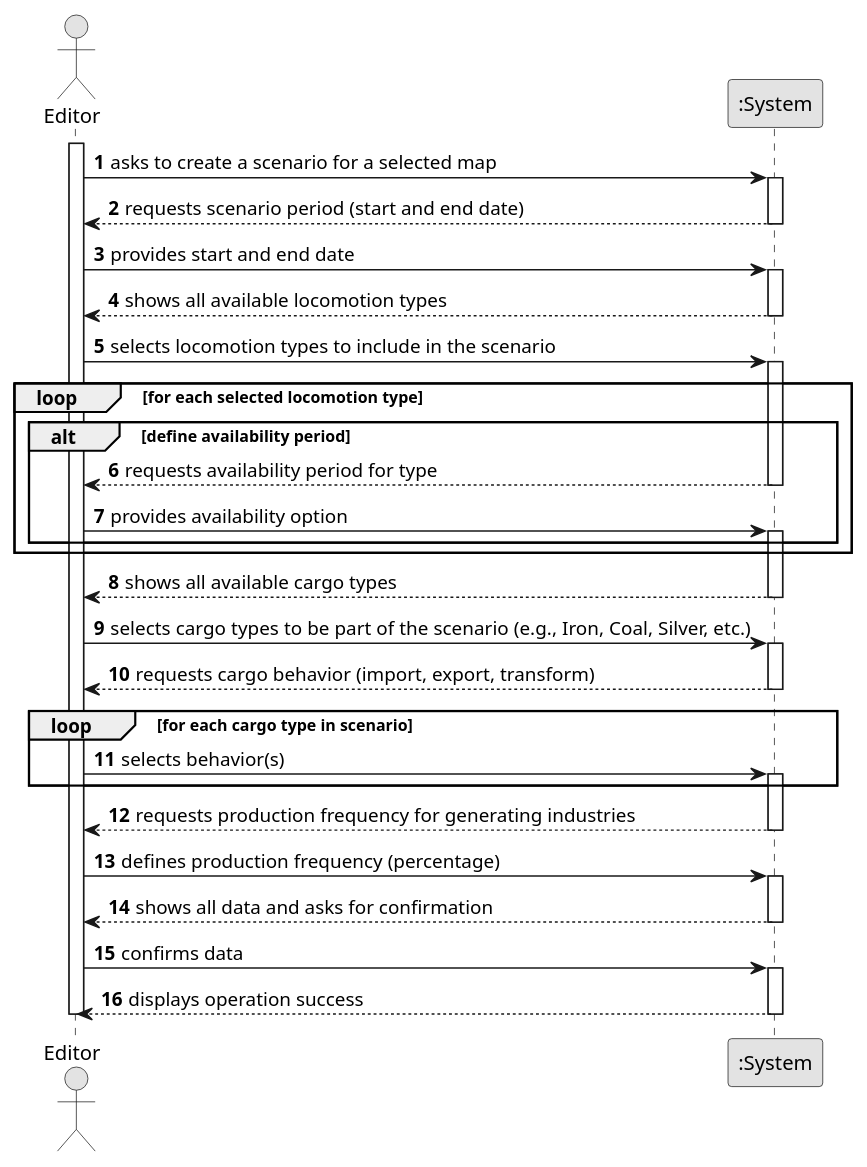
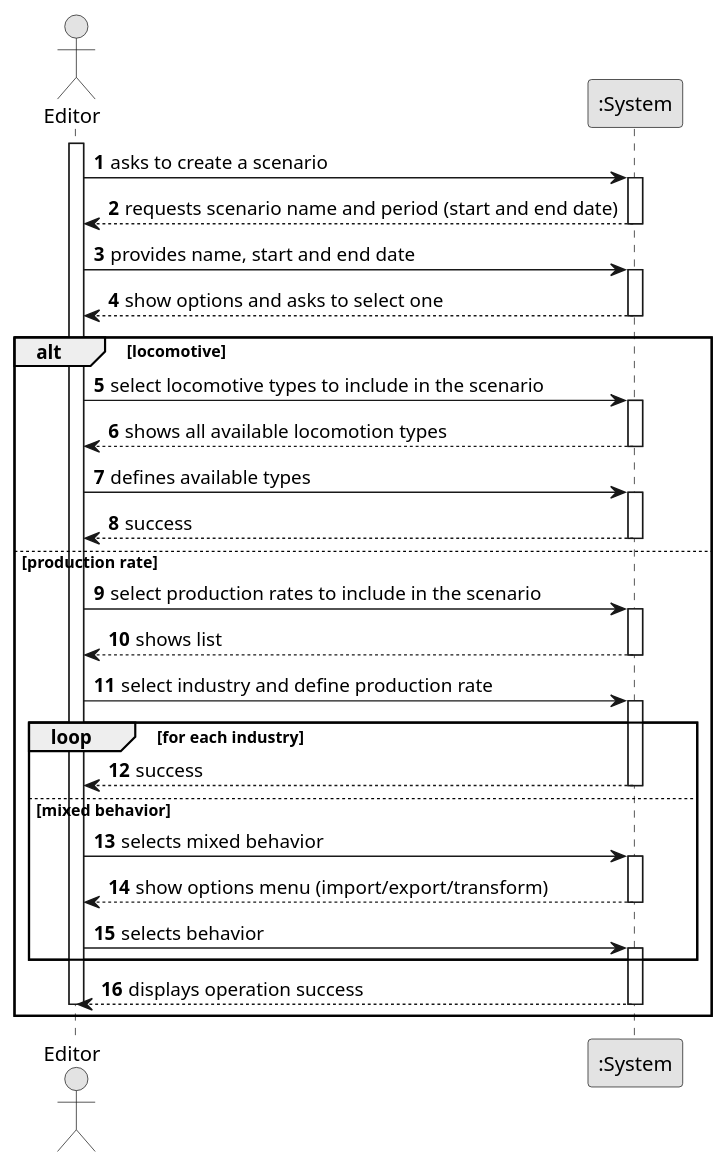
The diagram in docs/system-documentation/US004/01.requirements-engineering/puml/US004-SSD.puml (1240826/empire-on-tracks), drawn with PlantUML before and after one commit. The commit also changed 28 other files, not shown here.

```diff
--- a/docs/system-documentation/US004/01.requirements-engineering/puml/US004-SSD.puml
+++ b/docs/system-documentation/US004/01.requirements-engineering/puml/US004-SSD.puml
@@ -1,67 +1,57 @@
 @startuml
 skinparam monochrome true
 skinparam packageStyle rectangle
 skinparam shadowing false
 
 autonumber
 
 actor "Editor" as Editor
 participant ":System" as System
 
 activate Editor
 
 
-Editor -> System : asks to create a scenario for a selected map
+Editor -> System : asks to create a scenario
 activate System
-System --> Editor : requests scenario period (start and end date)
+System --> Editor : requests scenario name and period (start and end date)
 deactivate System
 
 
-Editor -> System : provides start and end date
+Editor -> System : provides name, start and end date
 activate System
-System --> Editor : shows all available locomotion types
+System --> Editor : show options and asks to select one
 deactivate System
-Editor -> System : selects locomotion types to include in the scenario
+alt locomotive
+Editor -> System: select locomotive types to include in the scenario
 activate System
-
-loop for each selected locomotion type
-
-
-    alt define availability period
-        System --> Editor :requests availability period for type
-        deactivate System
-        Editor -> System : provides availability option
-        activate System
-    end
-end loop
-        System --> Editor : shows all available cargo types
-        deactivate System
-
-
-Editor -> System : selects cargo types to be part of the scenario (e.g., Iron, Coal, Silver, etc.)
+System --> Editor: shows all available locomotion types
+deactivate System
+Editor -> System: defines available types
 activate System
-System --> Editor : requests cargo behavior (import, export, transform)
+System --> Editor : success
 deactivate System
 
-loop for each cargo type in scenario
-    Editor -> System : selects behavior(s)
-    activate System
-end loop
-    System --> Editor : requests production frequency for generating industries
-    deactivate System
+else production rate
+Editor -> System: select production rates to include in the scenario
+activate System
+System --> Editor: shows list
+deactivate System
+Editor -> System: select industry and define production rate
+activate System
+loop for each industry
+System --> Editor: success
+deactivate System
+else mixed behavior
+Editor -> System: selects mixed behavior
+activate System
+System --> Editor: show options menu (import/export/transform)
+deactivate System
+Editor -> System: selects behavior
+activate System
+end
 
-
-
-Editor -> System : defines production frequency (percentage)
-activate System
-System --> Editor : shows all data and asks for confirmation
-deactivate System
-
-' Editor confirma dados
-Editor -> System : confirms data
-activate System
 System --> Editor : displays operation success
 deactivate System
 deactivate Editor
-
+end
 @enduml
```
